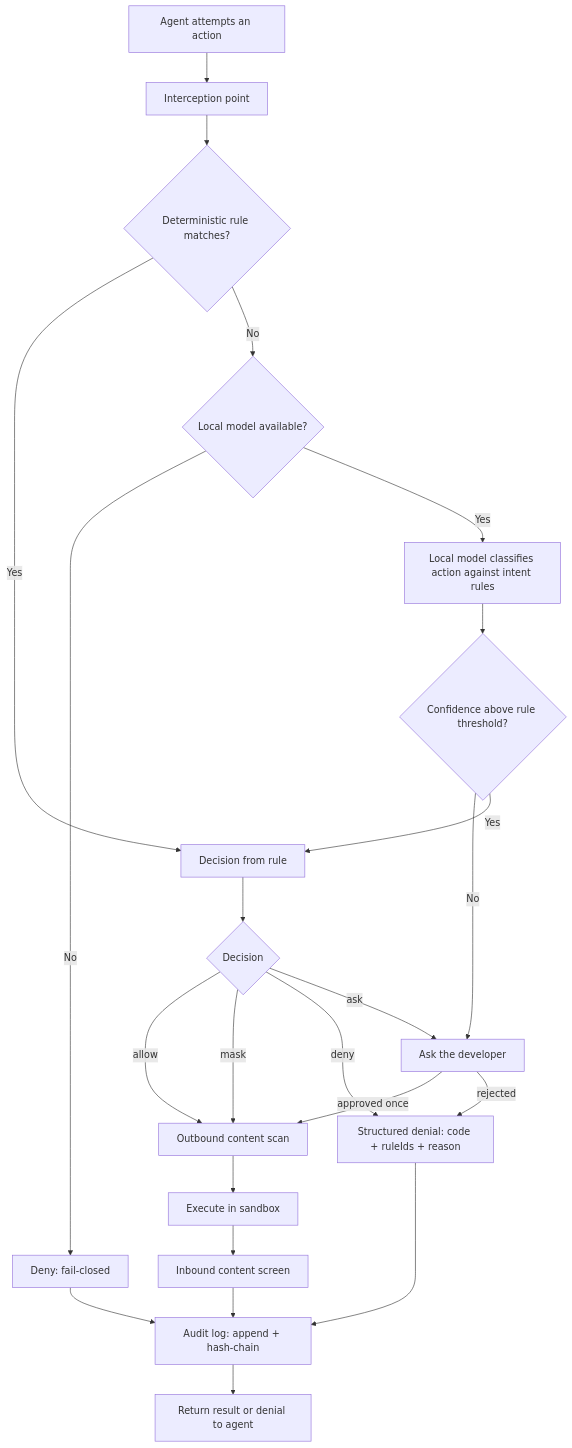
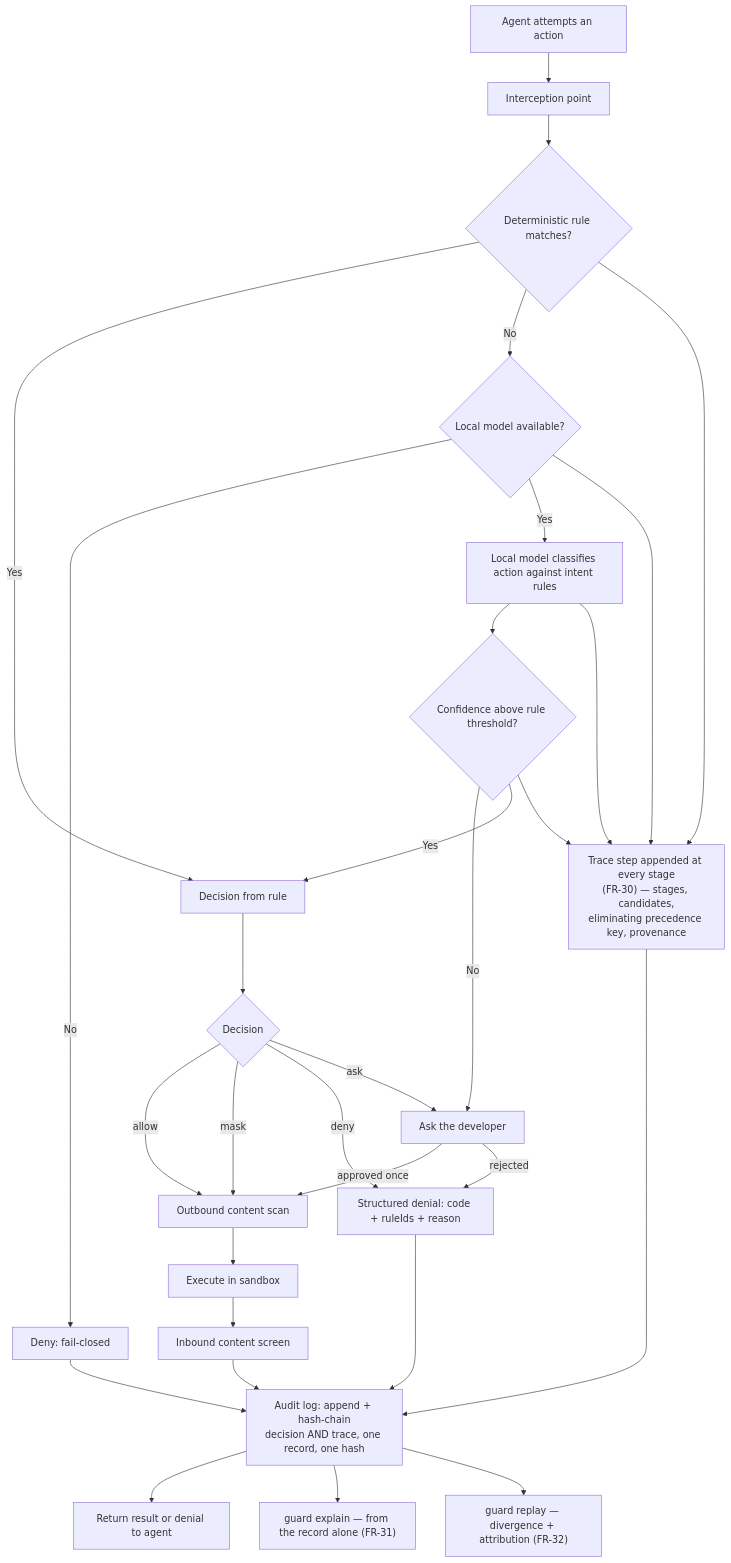
One commit to AriesNg/ai-guard-bot changed the first of 3 diagrams in docs/01-discovery/requirements.md. Above: the diagram before and after it, drawn with Mermaid. The commit also changed other lines of this file and 13 other files, not shown here.

````diff
--- a/docs/01-discovery/requirements.md
+++ b/docs/01-discovery/requirements.md
@@ -496,25 +555,32 @@
 ```mermaid
 flowchart TD
     A[Agent attempts an action] --> B[Interception point]
     B --> C{Deterministic rule matches?}
     C -->|Yes| D[Decision from rule]
     C -->|No| E{Local model available?}
     E -->|No| F[Deny: fail-closed]
     E -->|Yes| G[Local model classifies action against intent rules]
     G --> H{Confidence above rule threshold?}
     H -->|No| I[Ask the developer]
     H -->|Yes| D
     D --> J{Decision}
     J -->|allow| K[Outbound content scan]
     J -->|mask| K
     J -->|deny| L[Structured denial: code + ruleIds + reason]
     J -->|ask| I
     I -->|approved once| K
     I -->|rejected| L
     K --> M[Execute in sandbox]
     M --> N[Inbound content screen]
-    F --> O[Audit log: append + hash-chain]
+    C --> T["Trace step appended at every stage<br/>(FR-30) — stages, candidates,<br/>eliminating precedence key, provenance"]
+    E --> T
+    G --> T
+    H --> T
+    F --> O["Audit log: append + hash-chain<br/>decision AND trace, one record, one hash"]
     L --> O
     N --> O
+    T --> O
     O --> P[Return result or denial to agent]
+    O --> Q["guard explain — from the record alone (FR-31)"]
+    O --> R["guard replay — divergence + attribution (FR-32)"]
 ```
````
